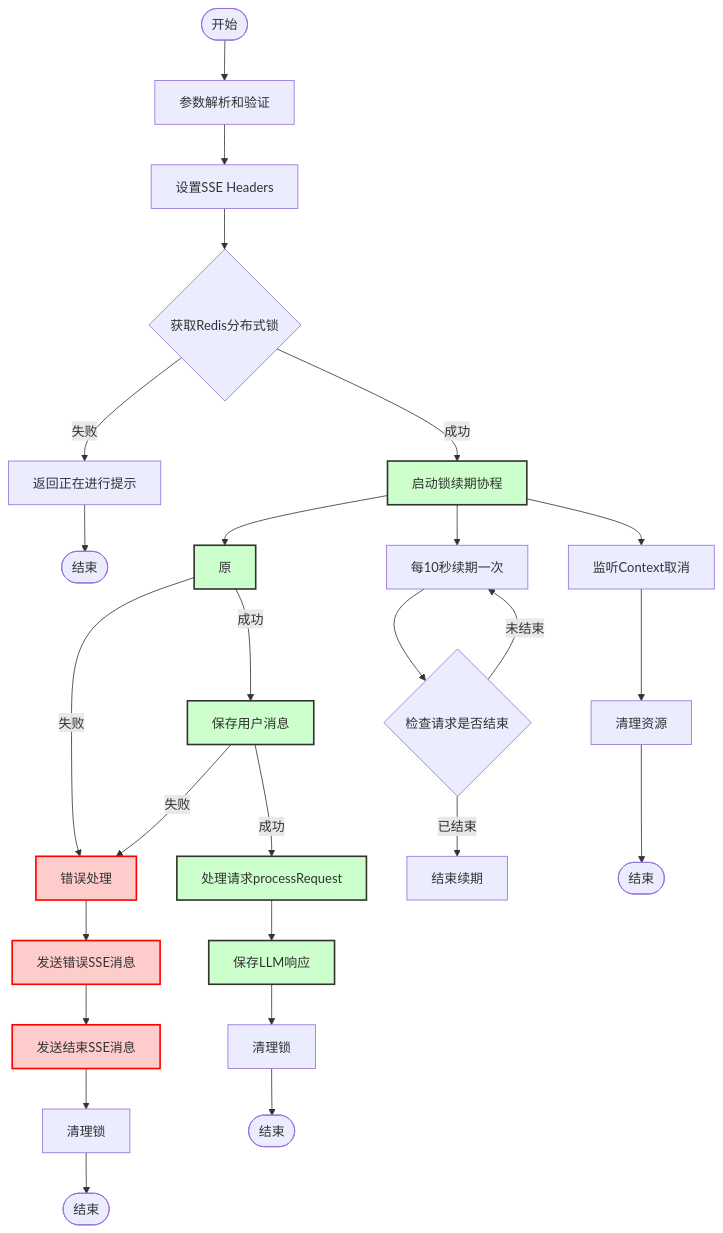
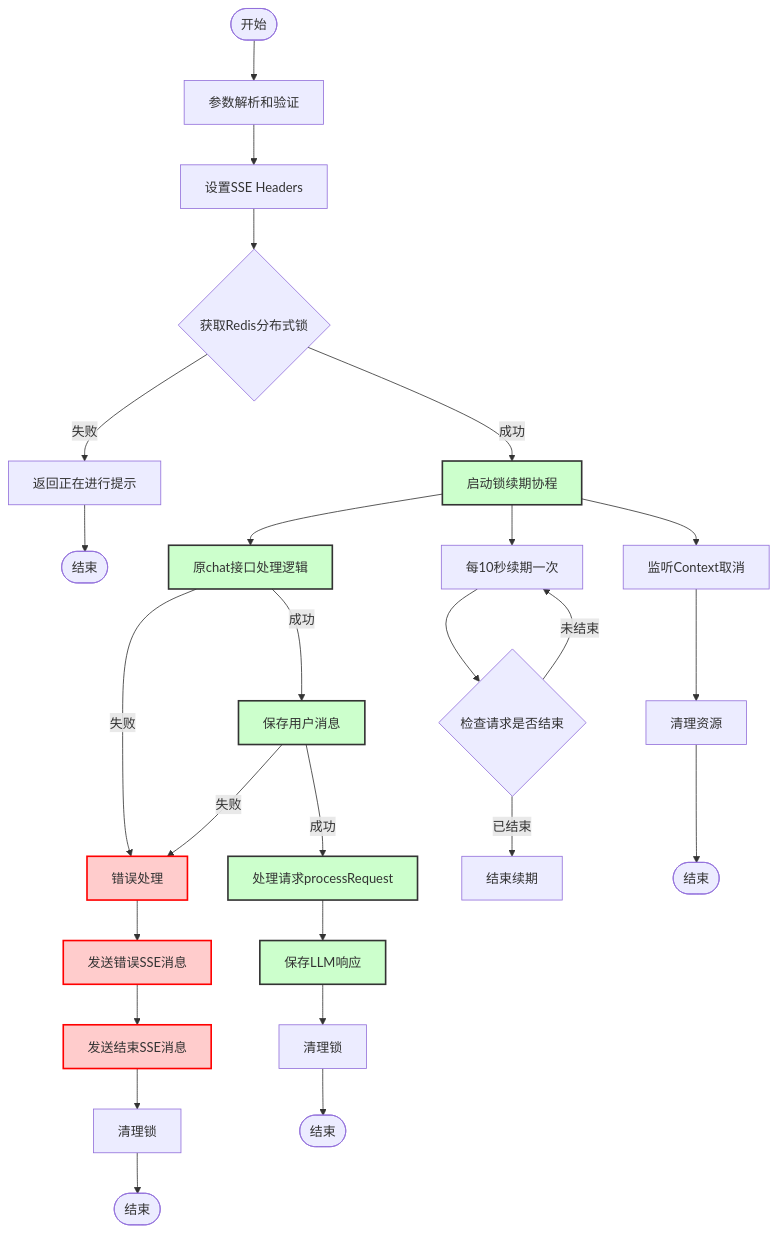
The diagram in all/未命名-15.md (yingjianzh/iodraw-files), drawn with Mermaid before and after one commit.

Commit message:
2025-01-02 17:41:40 update

````diff
--- a/all/未命名-15.md
+++ b/all/未命名-15.md
@@ -1,46 +1,46 @@
 ```mermaid
 flowchart TD
     Start([开始]) --> A[参数解析和验证]
     A --> B[设置SSE Headers]
     B --> C{获取Redis分布式锁}
     
     C -->|失败| D[返回正在进行提示]
     D --> End1([结束])
     
     C -->|成功| E[启动锁续期协程]
-    E --> F[原]
+    E --> F[原chat接口处理逻辑]
     
     F -->|失败| G[错误处理]
     F -->|成功| H[保存用户消息]
     
     H -->|失败| G[错误处理]
     H -->|成功| I[处理请求processRequest]
     
     I --> J[保存LLM响应]
     
     %% 错误处理流程
     G --> K[发送错误SSE消息]
     K --> L[发送结束SSE消息]
     L --> M[清理锁]
     M --> End2([结束])
     
     %% 正常结束流程
     J --> N[清理锁]
     N --> End3([结束])
     
     %% 锁续期协程
     E --> O[每10秒续期一次]
     O --> P{检查请求是否结束}
     P -->|未结束| O
     P -->|已结束| Q[结束续期]
     
     %% Context取消监听
     E --> R[监听Context取消]
     R --> S[清理资源]
     S --> End4([结束])
     
     classDef error fill:#ffcccc,stroke:#ff0000,stroke-width:2px
     classDef normal fill:#ccffcc,stroke:#333,stroke-width:2px
     class G,K,L error
     class E,F,H,I,J normal
 ```
````
